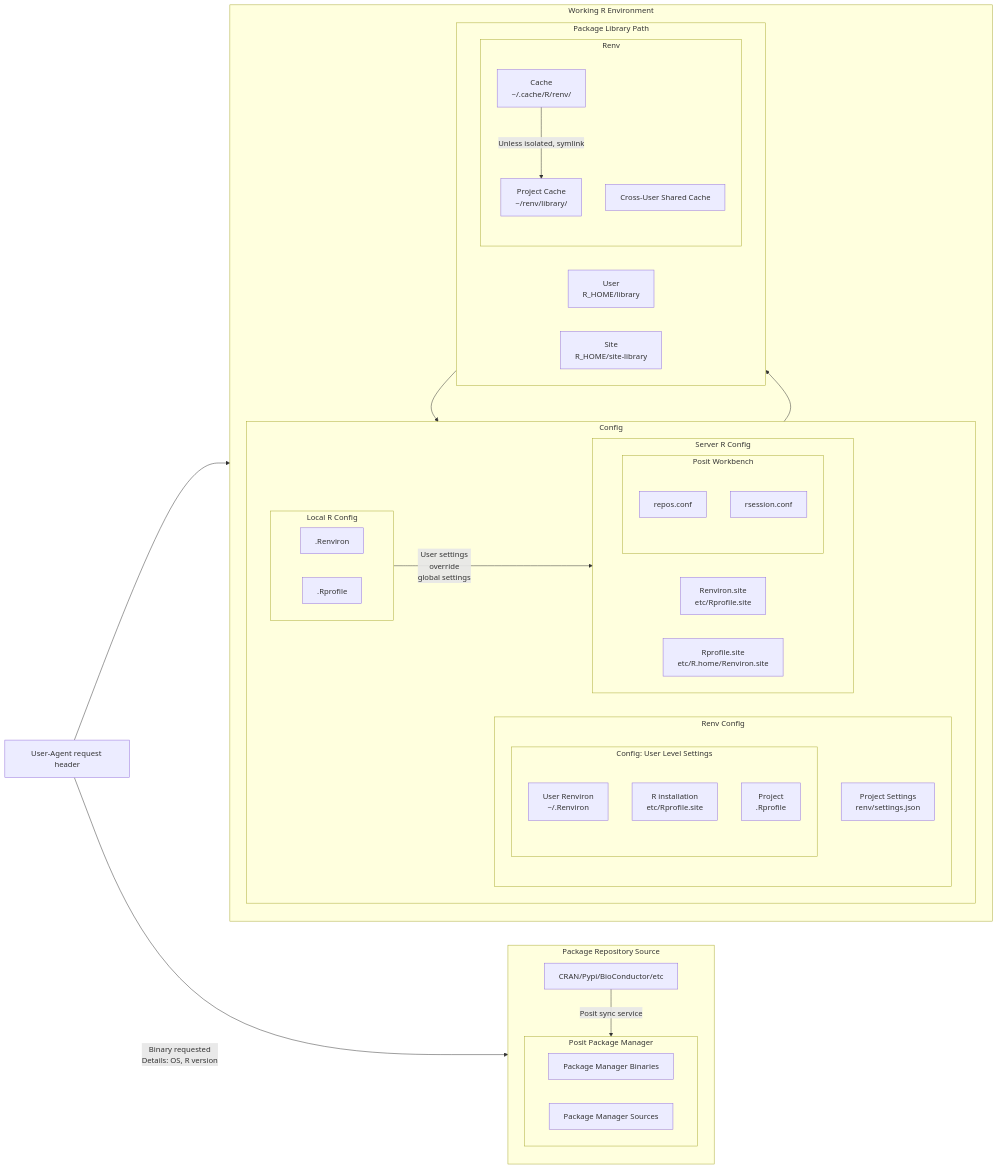
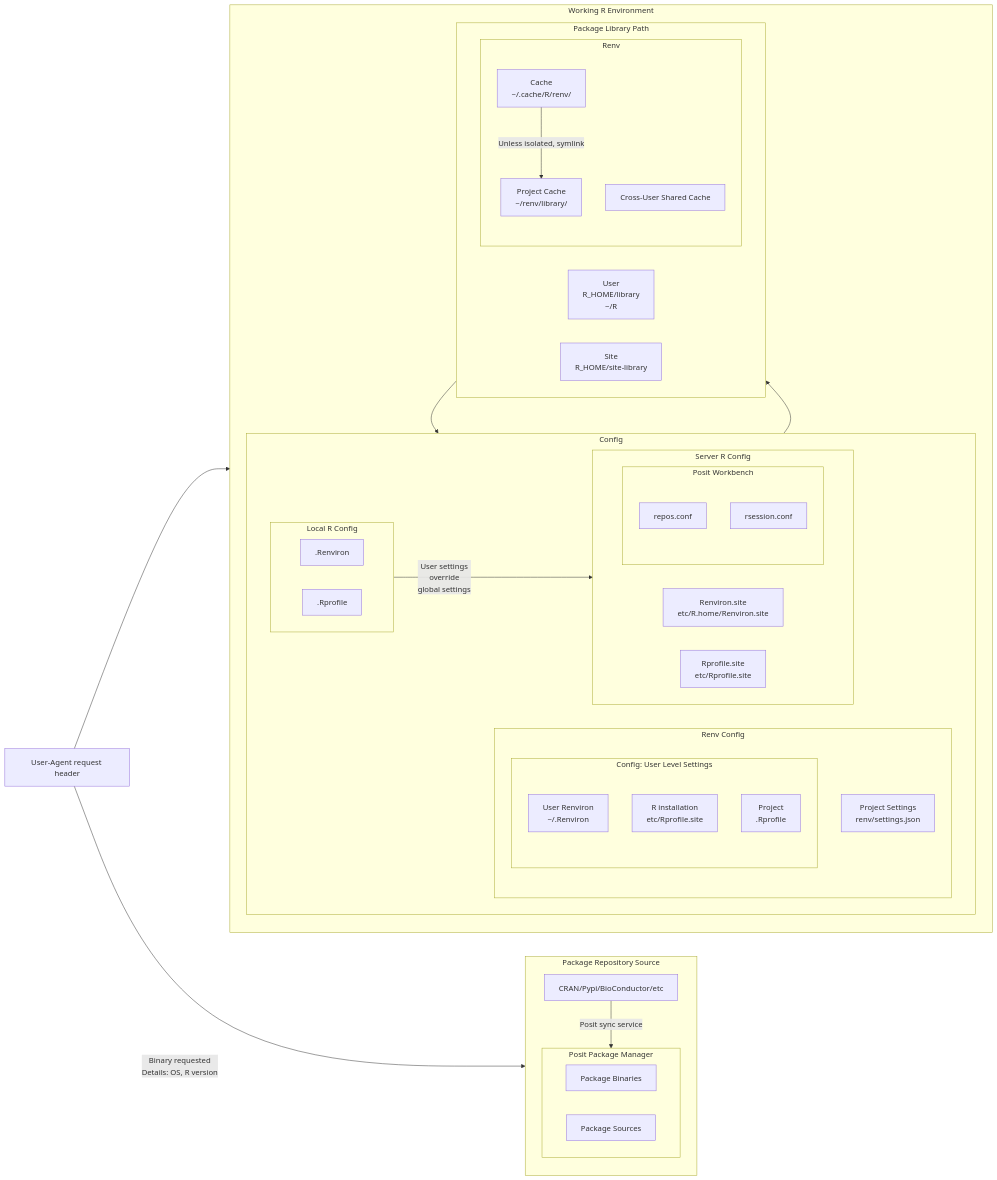
Before and after one commit to leesahanders/demo_renv: the first of 3 diagrams in writeups/writeup_debugging_renv.qmd, drawn with Mermaid. The commit also changed other lines of this file and 2 other files, not shown here.

````diff
--- a/writeups/writeup_debugging_renv.qmd
+++ b/writeups/writeup_debugging_renv.qmd
@@ -33,77 +33,77 @@
 ```{mermaid}
 graph LR
     
     subgraph ENV[Working R Environment]
     
     subgraph CONFIG[Config]
     
       subgraph LOCAL[Local R Config]
       RENVIRON[.Renviron]
       RPROFILE[.Rprofile]
       end
     
       subgraph SERVER[Server R Config]
-      SRENVIRON[Renviron.site<br/>etc/Rprofile.site]
-      SRRPROFILE[Rprofile.site</br>etc/R.home/Renviron.site]
+      SRENVIRON[Renviron.site<br/>etc/R.home/Renviron.site]
+      SRRPROFILE[Rprofile.site</br>etc/Rprofile.site]
       
         subgraph W[Posit Workbench]
         REPOS["repos.conf"]
         RSESSION["rsession.conf"] 
         end
     
       end
       
       LOCAL-- User settings <br/>override<br/>global settings --> SERVER
       
       subgraph RENVCONFIG[Renv Config]
       RENVPROJECT[Project Settings<br/>renv/settings.json]
       
         subgraph RENVUSER[Config: User Level Settings]
         RENVUR["User Renviron<br/>~/.Renviron"]
         RENVRI["R installation<br/>etc/Rprofile.site"]
         RENVP["Project<br/>.Rprofile"]
         end
       end      
       
     end
     
     subgraph LIBRARY[Package Library Path]
 
-      USERLIBRARY[User<br/>R_HOME/library]
+      USERLIBRARY["User<br/>R_HOME/library<br/>~/R"]
 
       SITELIBRARY[Site<br/>R_HOME/site-library]
       
       subgraph RENV[Renv]
       direction TB
       CACHE["Cache<br/>~/.cache/R/renv/"]
       PROJECTCACHE["Project Cache<br/>~/renv/library/"]
       CACHE-- Unless isolated, symlink --> PROJECTCACHE; 
       SHAREDCACHE[Cross-User Shared Cache]
       end
 
     end  
     
     LIBRARY --> CONFIG
     CONFIG --> LIBRARY
     
     end
     
     subgraph REPOSITORY[Package Repository Source]
       direction TB
     
       subgraph PPM[Posit Package Manager]
-      RE[Package Manager Binaries]
-      RP[Package Manager Sources]
+      RE[Package Binaries]
+      RP[Package Sources]
       end
     
       CRAN[CRAN/Pypi/BioConductor/etc]
     
       CRAN -- Posit sync service --> PPM;
 
     end
     
     UA[User-Agent request header]-- Binary requested<br/>Details: OS, R version -->PPM
     
     UA --> ENV
 
 ```
````
